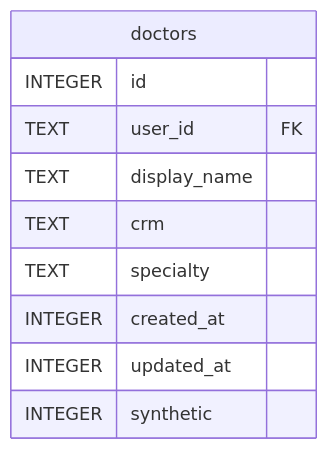
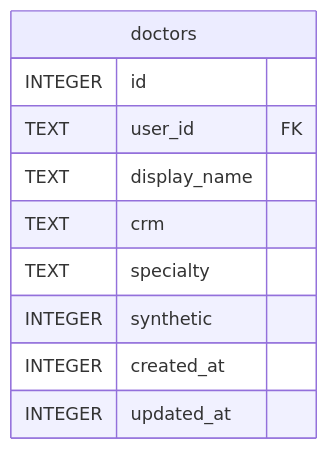
The diagram in content/docs/pt-BR/developers/plugins/doctors/reference/schema.mmd (ktbhealth/docs), drawn with Mermaid before and after one commit. The commit also changed other lines of this file and 87 other files, not shown here.

Commit message:
docs: ERD refresh after db schema facade (#104)

```diff
--- a/content/docs/pt-BR/developers/plugins/doctors/reference/schema.mmd
+++ b/content/docs/pt-BR/developers/plugins/doctors/reference/schema.mmd
@@ -1,13 +1,13 @@
 erDiagram
 
 
 "doctors" {
   INTEGER id
   TEXT user_id FK
   TEXT display_name
   TEXT crm
   TEXT specialty
+  INTEGER synthetic
   INTEGER created_at
   INTEGER updated_at
-  INTEGER synthetic
 }
```
